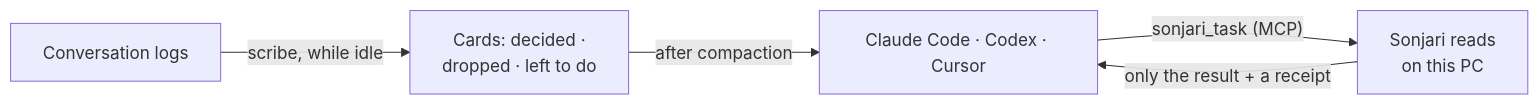
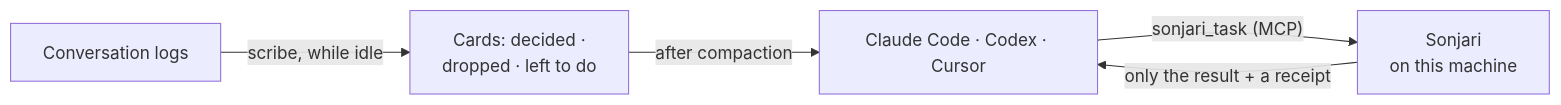
The first of 2 diagrams in README.md (sonjari/sonjari), drawn with Mermaid before and after one commit. The commit also changed other lines of this file and 352 other files, not shown here.

````diff
--- a/README.md
+++ b/README.md
@@ -53,7 +101,7 @@
 ```mermaid
 flowchart LR
-    CC["Claude Code · Codex · Cursor"] -->|"sonjari_task (MCP)"| S["Sonjari reads<br/>on this PC"]
+    CC["Claude Code · Codex · Cursor"] -->|"sonjari_task (MCP)"| S["Sonjari<br/>on this machine"]
     S -->|"only the result + a receipt"| CC
     L["Conversation logs"] -->|"scribe, while idle"| K["Cards: decided ·<br/>dropped · left to do"]
     K -->|"after compaction"| CC
 ```
````
